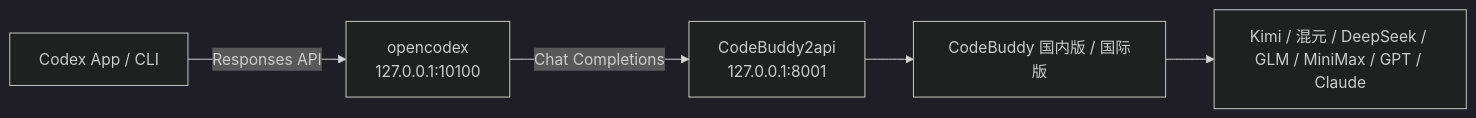
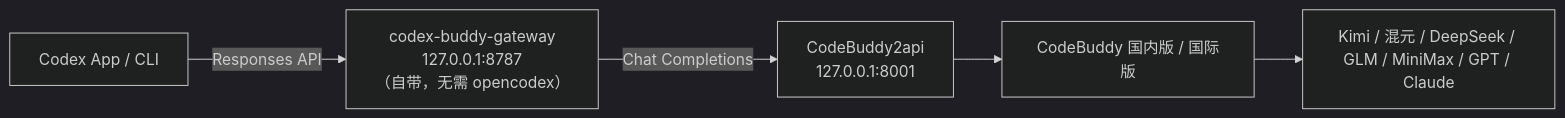
One commit to wuyinhust/codex-buddy changed the first of 2 diagrams in README_ZH.md. Above: the diagram before and after it, drawn with Mermaid (dark theme). The commit also changed other lines of this file and 5 other files, not shown here.

First line of the commit message:
feat: 新增 codex-buddy-gateway 与 GPT-Kimi 调度器

````diff
--- a/README_ZH.md
+++ b/README_ZH.md
@@ -11,7 +11,7 @@
 ```mermaid
 flowchart LR
-    Codex["Codex App / CLI"] -->|Responses API| Gateway["opencodex\n127.0.0.1:10100"]
-    Gateway -->|Chat Completions| Proxy["CodeBuddy2api\n127.0.0.1:8001"]
+    Codex["Codex App / CLI"] -->|Responses API| GW["codex-buddy-gateway\n127.0.0.1:8787\n（自带，无需 opencodex）"]
+    GW -->|Chat Completions| Proxy["CodeBuddy2api\n127.0.0.1:8001"]
     Proxy --> CodeBuddy["CodeBuddy 国内版 / 国际版"]
     CodeBuddy --> Models["Kimi / 混元 / DeepSeek / GLM / MiniMax / GPT / Claude"]
 ```
````
